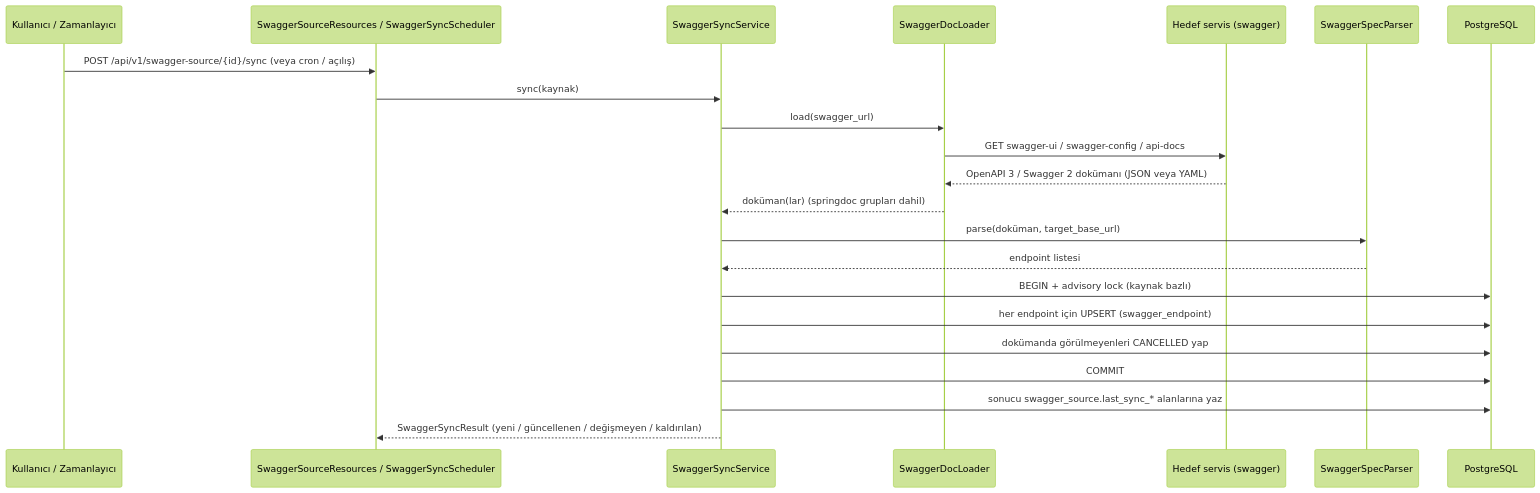
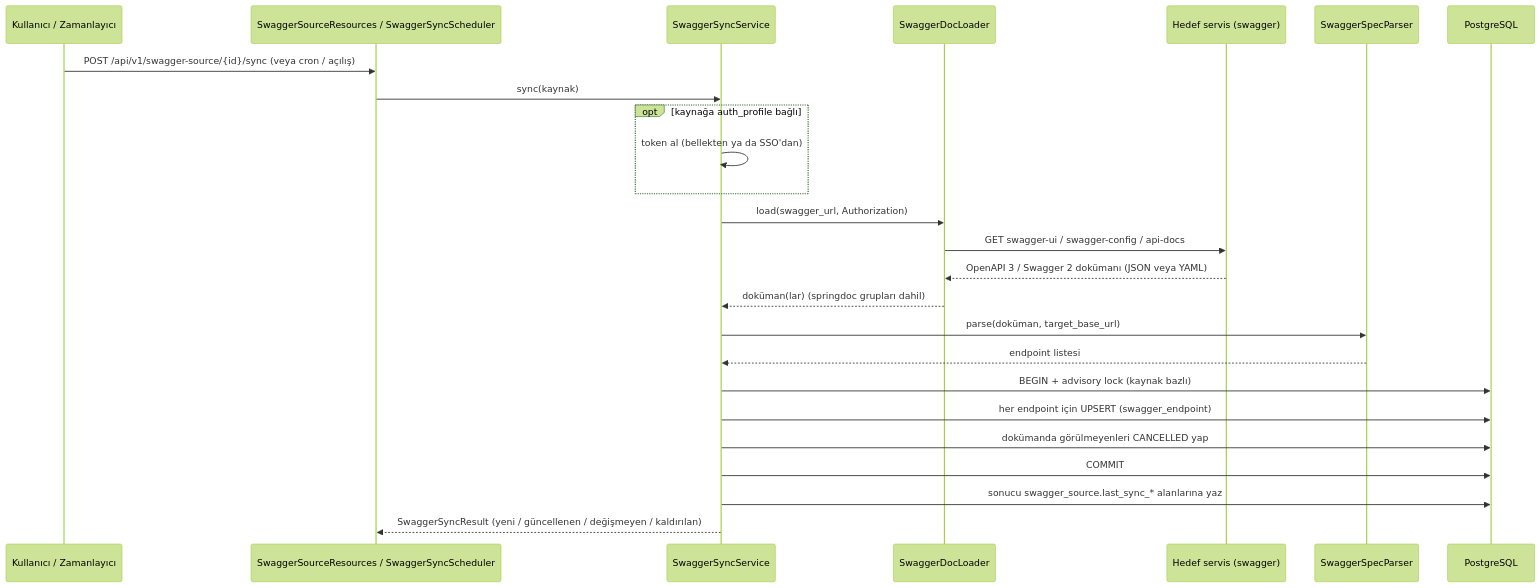
The third of 4 diagrams in README.md (bahadirsezgun/message-proxy), drawn with Mermaid (forest theme) before and after one commit. The commit also changed other lines of this file and 14 other files, not shown here.

````diff
--- a/README.md
+++ b/README.md
@@ -699,25 +952,28 @@
 ```mermaid
 sequenceDiagram
     participant U as Kullanıcı / Zamanlayıcı
     participant A as SwaggerSourceResources / SwaggerSyncScheduler
     participant S as SwaggerSyncService
     participant L as SwaggerDocLoader
     participant T as Hedef servis (swagger)
     participant P as SwaggerSpecParser
     participant D as PostgreSQL
 
     U->>A: POST /api/v1/swagger-source/{id}/sync (veya cron / açılış)
     A->>S: sync(kaynak)
-    S->>L: load(swagger_url)
+    opt kaynağa auth_profile bağlı
+        S->>S: token al (bellekten ya da SSO'dan)
+    end
+    S->>L: load(swagger_url, Authorization)
     L->>T: GET swagger-ui / swagger-config / api-docs
     T-->>L: OpenAPI 3 / Swagger 2 dokümanı (JSON veya YAML)
     L-->>S: doküman(lar) (springdoc grupları dahil)
     S->>P: parse(doküman, target_base_url)
     P-->>S: endpoint listesi
     S->>D: BEGIN + advisory lock (kaynak bazlı)
     S->>D: her endpoint için UPSERT (swagger_endpoint)
     S->>D: dokümanda görülmeyenleri CANCELLED yap
     S->>D: COMMIT
     S->>D: sonucu swagger_source.last_sync_* alanlarına yaz
     S-->>A: SwaggerSyncResult (yeni / güncellenen / değişmeyen / kaldırılan)
 ```
````
